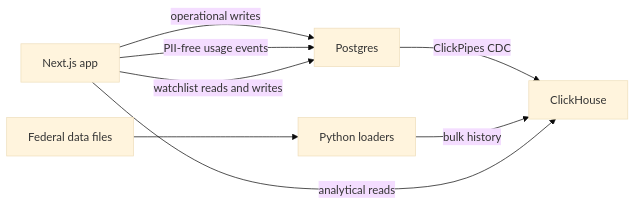
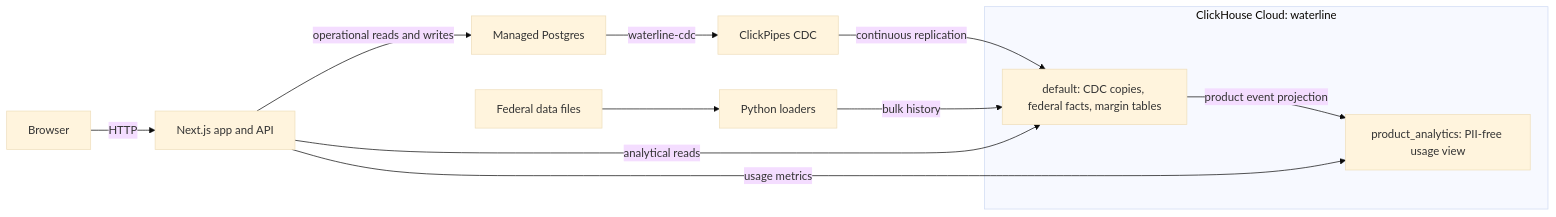
Before and after one commit to SashaSkind/waterline: the diagram in README.md, drawn with Mermaid (base theme). The commit also changed other lines of this file, not shown here.

Commit message:
Update architecture and data documentation

````diff
--- a/README.md
+++ b/README.md
@@ -30,10 +30,16 @@
 ```mermaid
 flowchart LR
-    UI[Next.js app] -->|operational writes| PG[Postgres]
-    UI -->|PII-free usage events| PG
-    PG -->|ClickPipes CDC| CH[ClickHouse]
+    B[Browser] -->|HTTP| UI[Next.js app and API]
+    UI -->|operational reads and writes| PG[Managed Postgres]
+    PG -->|waterline-cdc| CP[ClickPipes CDC]
     FED[Federal data files] --> PY[Python loaders]
-    PY -->|bulk history| CH
-    UI -->|analytical reads| CH
-    UI -->|watchlist reads and writes| PG
+    subgraph CH[ClickHouse Cloud: waterline]
+      D[default: CDC copies, federal facts, margin tables]
+      PA[product_analytics: PII-free usage view]
+    end
+    CP -->|continuous replication| D
+    PY -->|bulk history| D
+    D -->|product event projection| PA
+    UI -->|analytical reads| D
+    UI -->|usage metrics| PA
 ```
````
